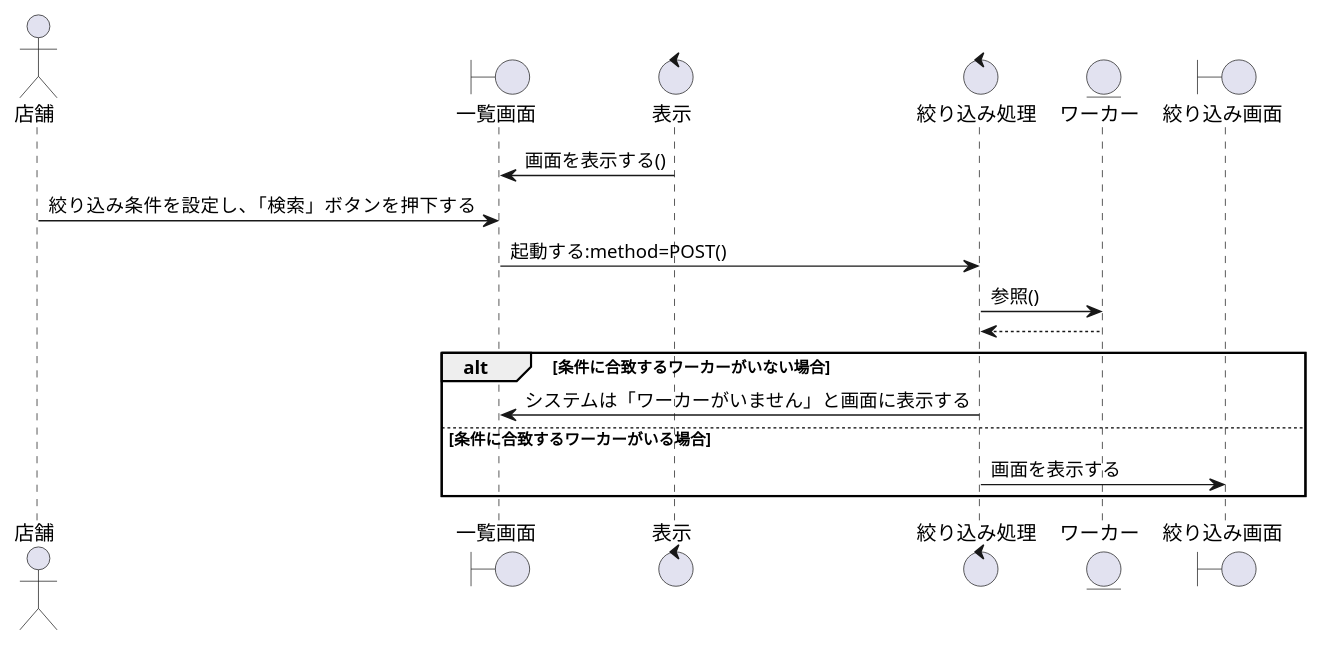
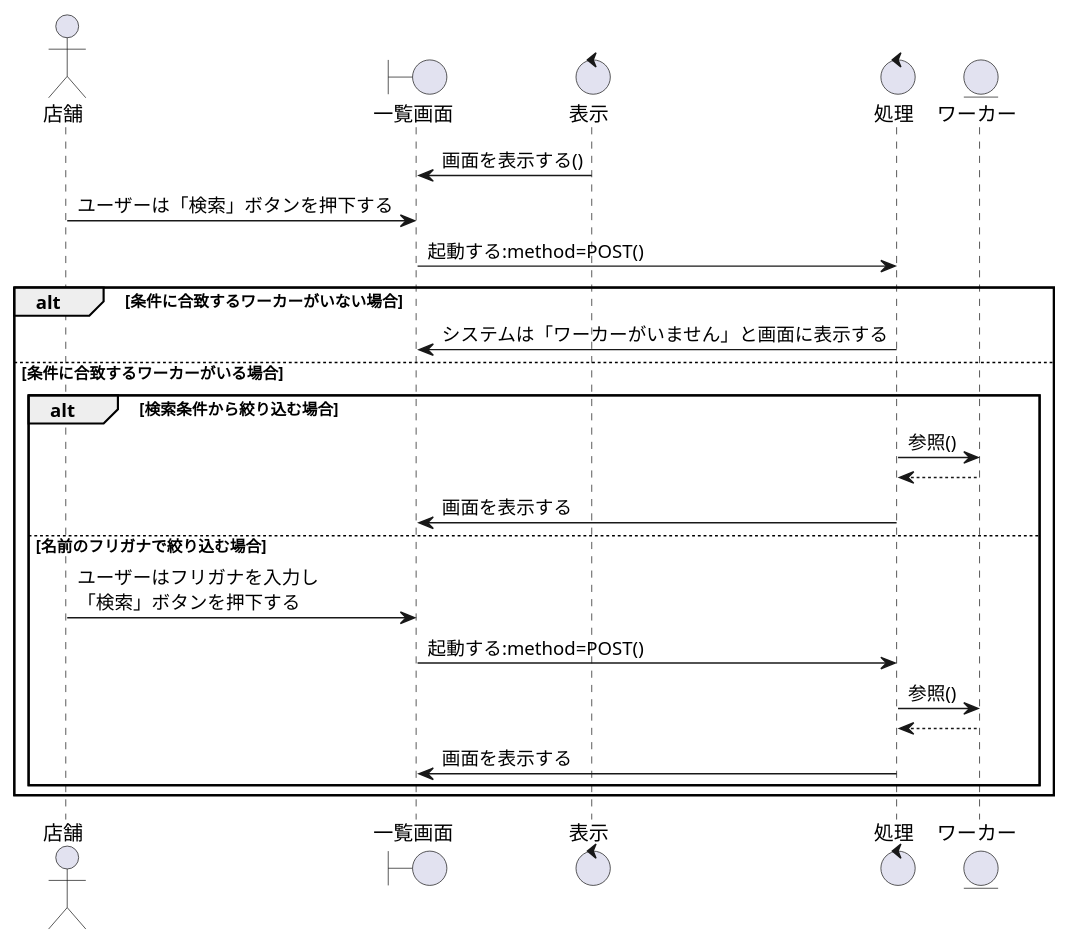
The diagram in sequence_fig/8_storeside_fn/09_ワーカーの絞り込みをする.pu (irukacb256/high_Me), drawn with PlantUML before and after one commit. The commit also changed 5 other files, not shown here.

```diff
--- a/sequence_fig/8_storeside_fn/09_ワーカーの絞り込みをする.pu
+++ b/sequence_fig/8_storeside_fn/09_ワーカーの絞り込みをする.pu
@@ -1,24 +1,35 @@
 @startuml ワーカーの絞り込みをする
 
 actor 店舗 as cp1
 boundary 一覧画面 as b1
 control 表示 as co1
-control 絞り込み処理 as co2
+control 処理 as co2
 entity ワーカー as en1
-boundary 絞り込み画面 as b2
 
 b1 <- co1 :画面を表示する()
-cp1 -> b1 :絞り込み条件を設定し、「検索」ボタンを押下する
+cp1 -> b1 :ユーザーは「検索」ボタンを押下する
 b1 -> co2 :起動する:method=POST()
-co2 -> en1 :参照()
-co2 <-- en1 
+
 
 alt 条件に合致するワーカーがいない場合
-b1 <- co2 :システムは「ワーカーがいません」と画面に表示する
+    b1 <- co2 :システムは「ワーカーがいません」と画面に表示する
 
 else 条件に合致するワーカーがいる場合
-co2 -> b2 :画面を表示する
+
+    alt 検索条件から絞り込む場合
+        co2 -> en1 :参照()
+        co2 <-- en1
+        co2 -> b1 :画面を表示する
+
+    else 名前のフリガナで絞り込む場合
+        cp1 -> b1 : ユーザーはフリガナを入力し\n「検索」ボタンを押下する
+        b1 -> co2 : 起動する:method=POST()
+        co2 -> en1 :参照()
+        co2 <-- en1
+        co2 -> b1 : 画面を表示する
+
+    end
 
 end
 
 @enduml
```
